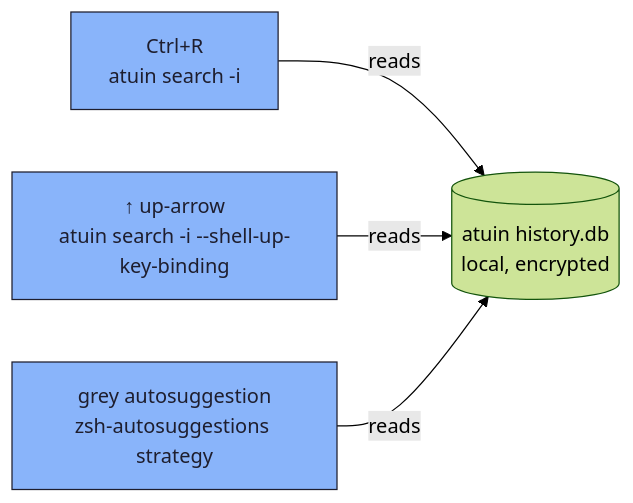
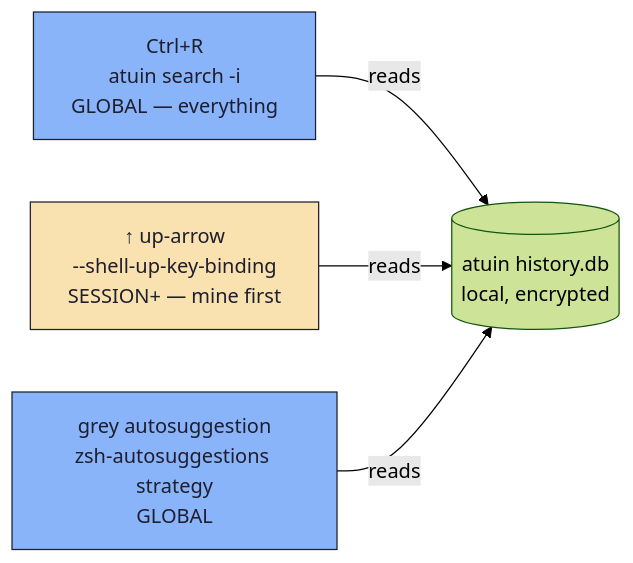
One commit to raxetul/dotfiles changed the first of 2 diagrams in doc/atuin.md. Above: the diagram before and after it, drawn with Mermaid (forest theme). The commit also changed other lines of this file and 1 other file, not shown here.

````diff
--- a/doc/atuin.md
+++ b/doc/atuin.md
@@ -19,11 +21,13 @@
 ```mermaid
 flowchart LR
     DB[(atuin history.db<br/>local, encrypted)]
 
-    CtrlR["Ctrl+R<br/>atuin search -i"] -->|reads| DB
-    UpKey["↑ up-arrow<br/>atuin search -i --shell-up-key-binding"] -->|reads| DB
-    Suggest["grey autosuggestion<br/>zsh-autosuggestions strategy"] -->|reads| DB
+    CtrlR["Ctrl+R<br/>atuin search -i<br/>GLOBAL — everything"] -->|reads| DB
+    UpKey["↑ up-arrow<br/>--shell-up-key-binding<br/>SESSION+ — mine first"] -->|reads| DB
+    Suggest["grey autosuggestion<br/>zsh-autosuggestions strategy<br/>GLOBAL"] -->|reads| DB
 
     classDef surface fill:#89b4fa,stroke:#1e1e2e,color:#1e1e2e
-    class CtrlR,UpKey,Suggest surface
+    classDef narrowed fill:#f9e2af,stroke:#1e1e2e,color:#1e1e2e
+    class CtrlR,Suggest surface
+    class UpKey narrowed
 ```
````
